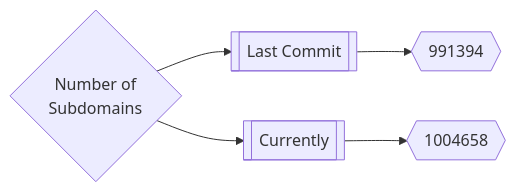
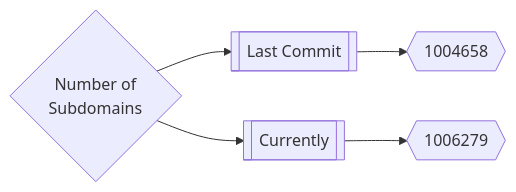
One commit to trickest/inventory changed the first of 3 diagrams in README.md. Above: the diagram before and after it, drawn with Mermaid. The commit also changed other lines of this file, not shown here.

Commit message:
Update README.md Fri Aug  5 23:17:18 UTC 2022

````diff
--- a/README.md
+++ b/README.md
@@ -167,5 +167,5 @@
 ```mermaid
 graph LR
-title{Number of<br>Subdomains} --> subdomainsDate1[[Last Commit]] --> subdomainsNum1{{991394}}
-title --> subdomainsDate2[[Currently]] --> subdomainsNum2{{1004658}}
+title{Number of<br>Subdomains} --> subdomainsDate1[[Last Commit]] --> subdomainsNum1{{1004658}}
+title --> subdomainsDate2[[Currently]] --> subdomainsNum2{{1006279}}
 ```
````
